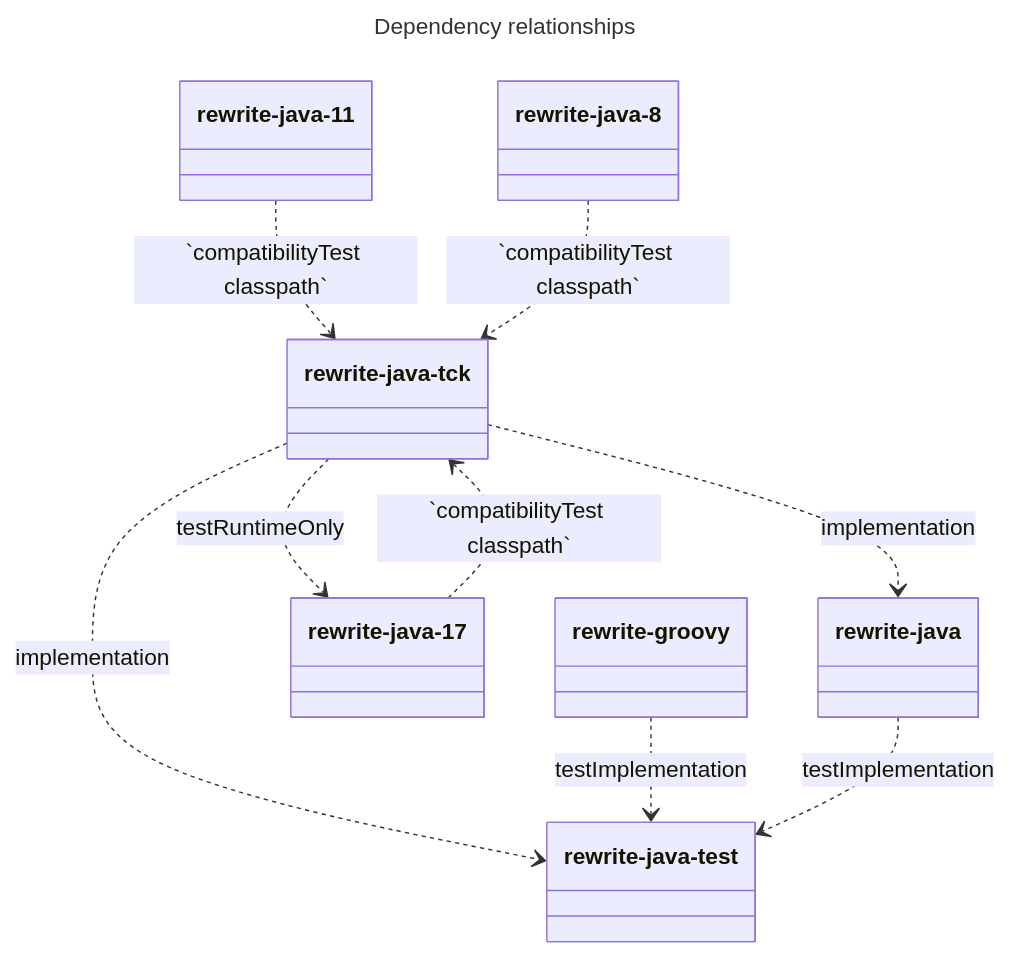
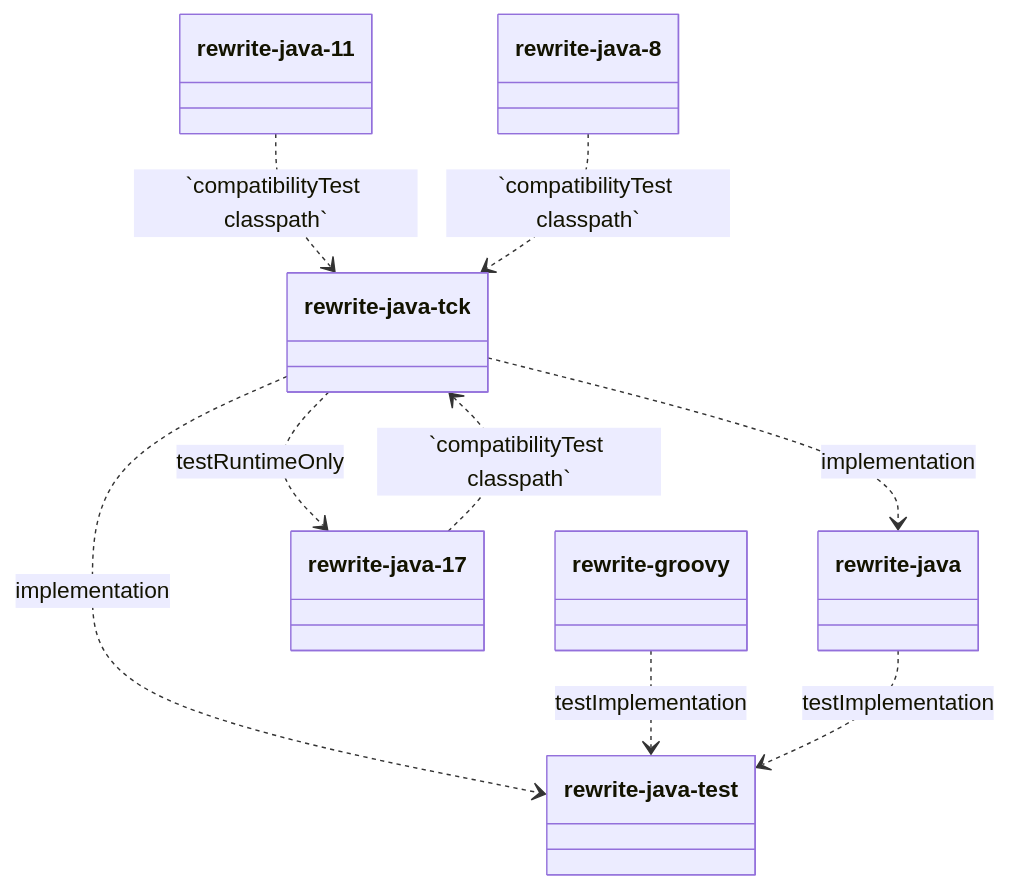
Before and after one commit to openrewrite/rewrite: the diagram in rewrite-java-tck/README.md, drawn with Mermaid.

````diff
--- a/rewrite-java-tck/README.md
+++ b/rewrite-java-tck/README.md
@@ -9,14 +9,11 @@
 ```mermaid
----
-title: Dependency relationships
----
 classDiagram
 `rewrite-java-tck` ..> `rewrite-java`: implementation
 `rewrite-java-tck` ..> `rewrite-java-test`: implementation
 `rewrite-java-17` ..> `rewrite-java-tck` : `compatibilityTest classpath`
 `rewrite-java-11` ..> `rewrite-java-tck` : `compatibilityTest classpath`
 `rewrite-java-8` ..> `rewrite-java-tck` : `compatibilityTest classpath`
 `rewrite-groovy` ..> `rewrite-java-test` : testImplementation
 `rewrite-java` ..> `rewrite-java-test` : testImplementation
 `rewrite-java-tck` ..> `rewrite-java-17`: testRuntimeOnly
 ```
````
